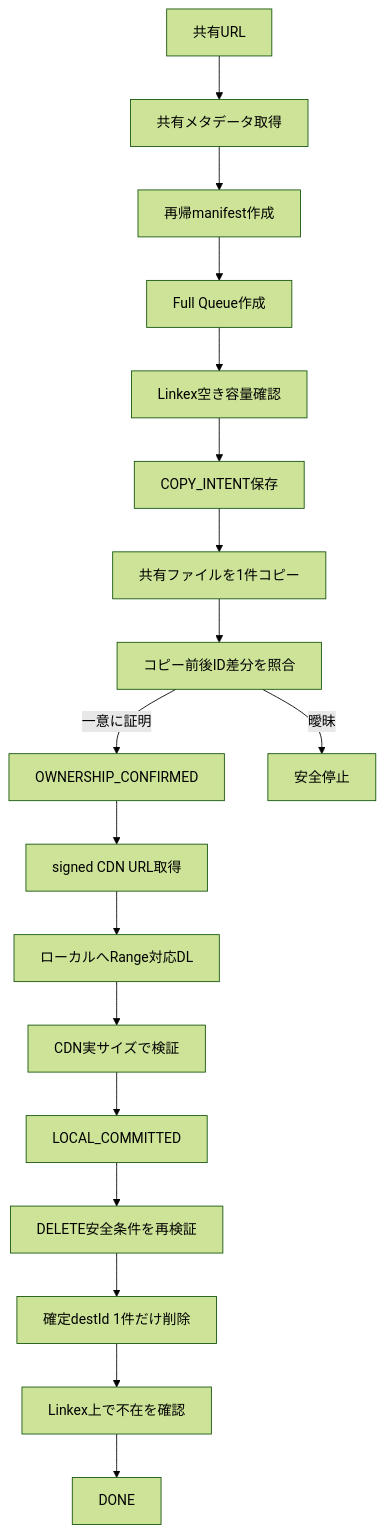
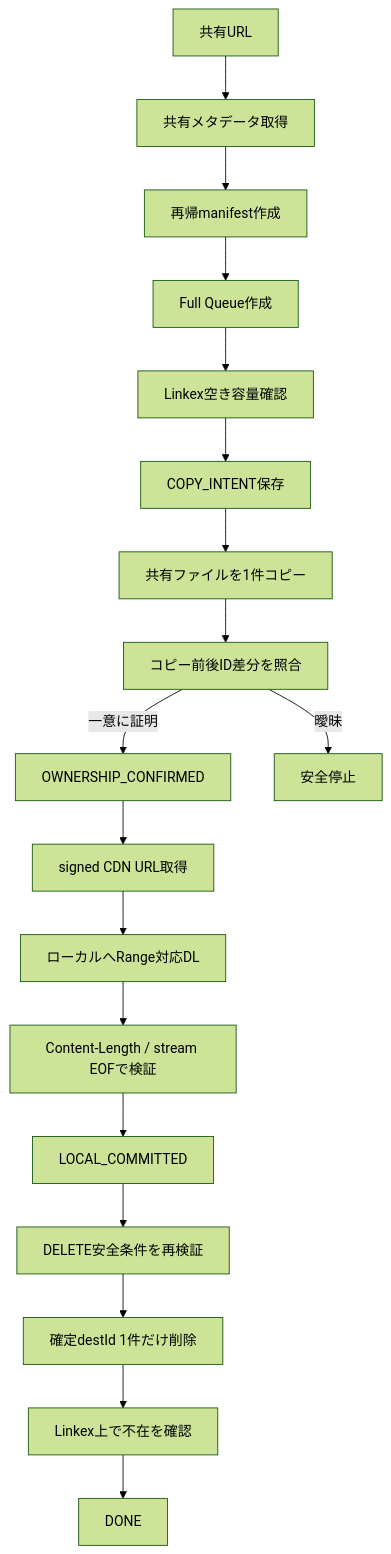
The first of 3 diagrams in docs/ARCHITECTURE.md (Hoyomaru/Linkex-Downloader), drawn with Mermaid (forest theme) before and after one commit. The commit also changed other lines of this file and 8 other files, not shown here.

````diff
--- a/docs/ARCHITECTURE.md
+++ b/docs/ARCHITECTURE.md
@@ -13,20 +13,20 @@
 ```mermaid
 flowchart TD
     A[共有URL] --> B[共有メタデータ取得]
     B --> C[再帰manifest作成]
     C --> D[Full Queue作成]
     D --> E[Linkex空き容量確認]
     E --> F[COPY_INTENT保存]
     F --> G[共有ファイルを1件コピー]
     G --> H[コピー前後ID差分を照合]
     H -->|一意に証明| I[OWNERSHIP_CONFIRMED]
     H -->|曖昧| X[安全停止]
     I --> J[signed CDN URL取得]
     J --> K[ローカルへRange対応DL]
-    K --> L[CDN実サイズで検証]
+    K --> L[Content-Length / stream EOFで検証]
     L --> M[LOCAL_COMMITTED]
     M --> N[DELETE安全条件を再検証]
     N --> O[確定destId 1件だけ削除]
     O --> P[Linkex上で不在を確認]
     P --> Q[DONE]
 ```
````
